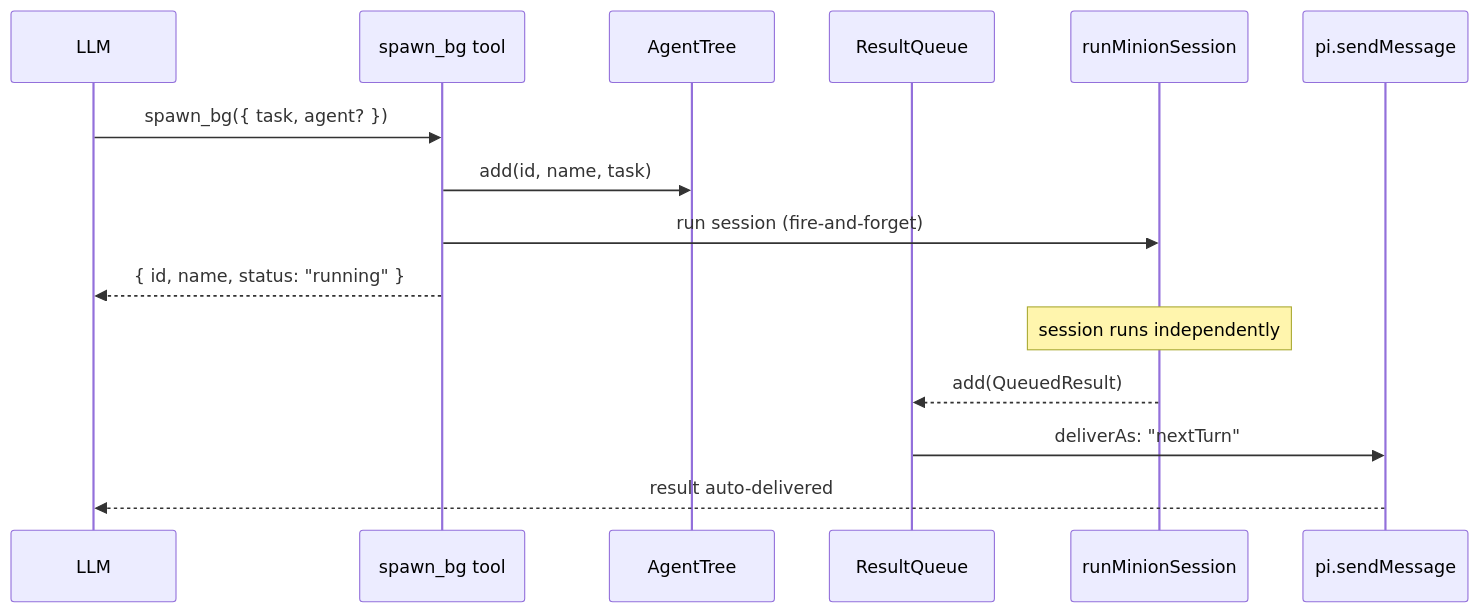
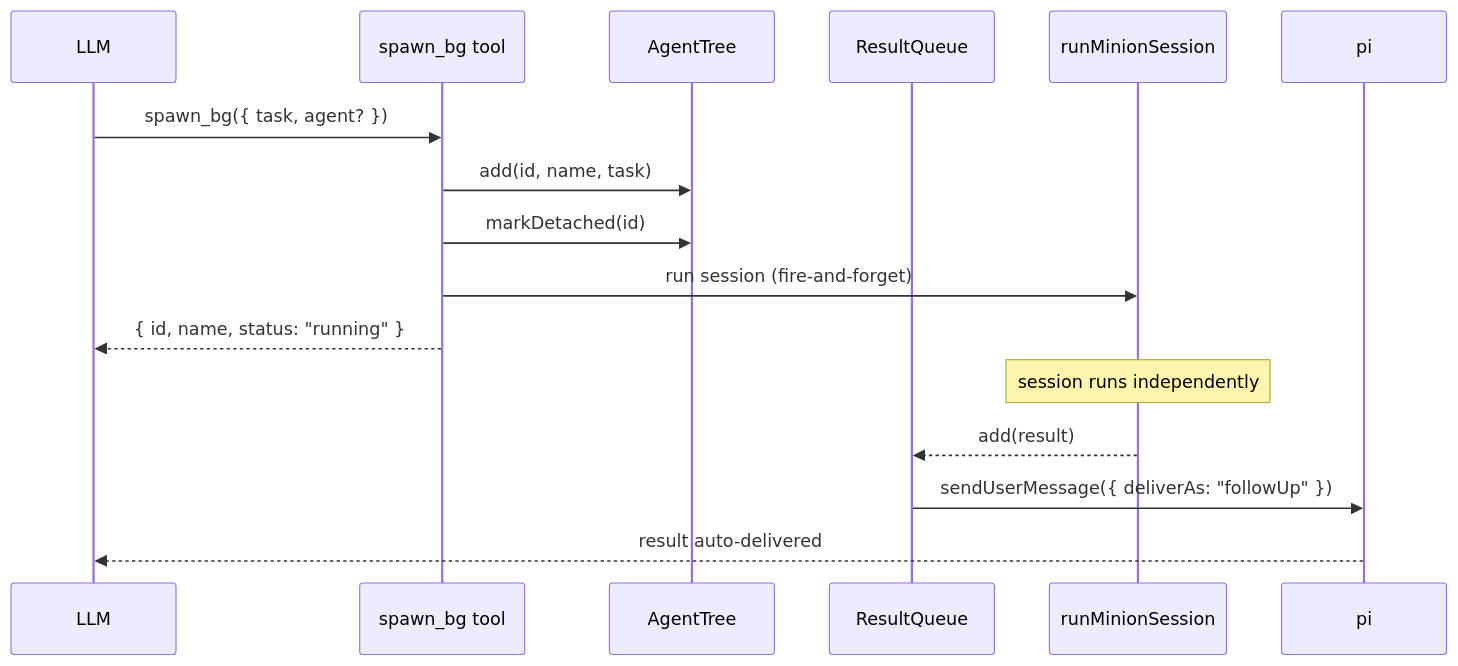
The third of 3 diagrams in docs/architecture.md (kalindudc/pi-minions), drawn with Mermaid before and after one commit. The commit also changed other lines of this file and 15 other files, not shown here.

First line of the commit message:
feat: add batch spawn tool with unified execution and agent type display

````diff
--- a/docs/architecture.md
+++ b/docs/architecture.md
@@ -101,20 +117,21 @@
 ```mermaid
 sequenceDiagram
     participant LLM
     participant spawn_bg tool
     participant AgentTree
     participant ResultQueue
     participant runMinionSession
-    participant pi.sendMessage
+    participant pi
 
     LLM->>spawn_bg tool: spawn_bg({ task, agent? })
     spawn_bg tool->>AgentTree: add(id, name, task)
+    spawn_bg tool->>AgentTree: markDetached(id)
     spawn_bg tool->>runMinionSession: run session (fire-and-forget)
     spawn_bg tool-->>LLM: { id, name, status: "running" }
 
     Note over runMinionSession: session runs independently
 
-    runMinionSession-->>ResultQueue: add(QueuedResult)
-    ResultQueue->>pi.sendMessage: deliverAs: "nextTurn"
-    pi.sendMessage-->>LLM: result auto-delivered
+    runMinionSession-->>ResultQueue: add(result)
+    ResultQueue->>pi: sendUserMessage({ deliverAs: "followUp" })
+    pi-->>LLM: result auto-delivered
 ```
````
